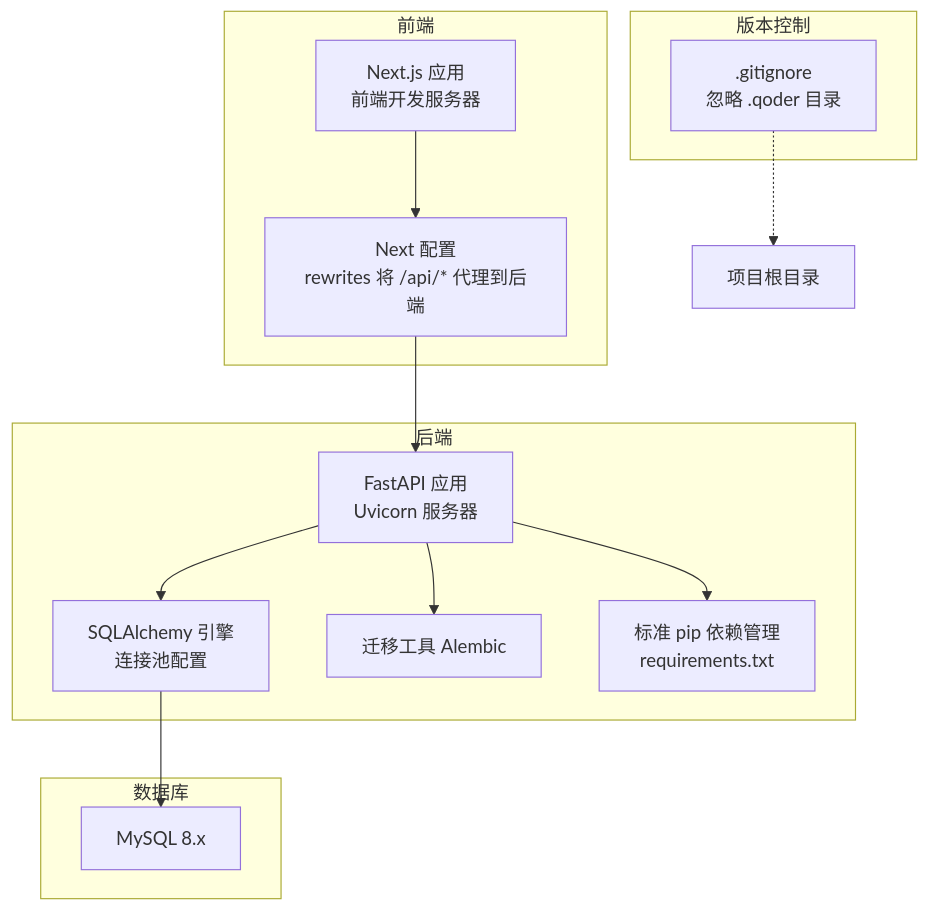
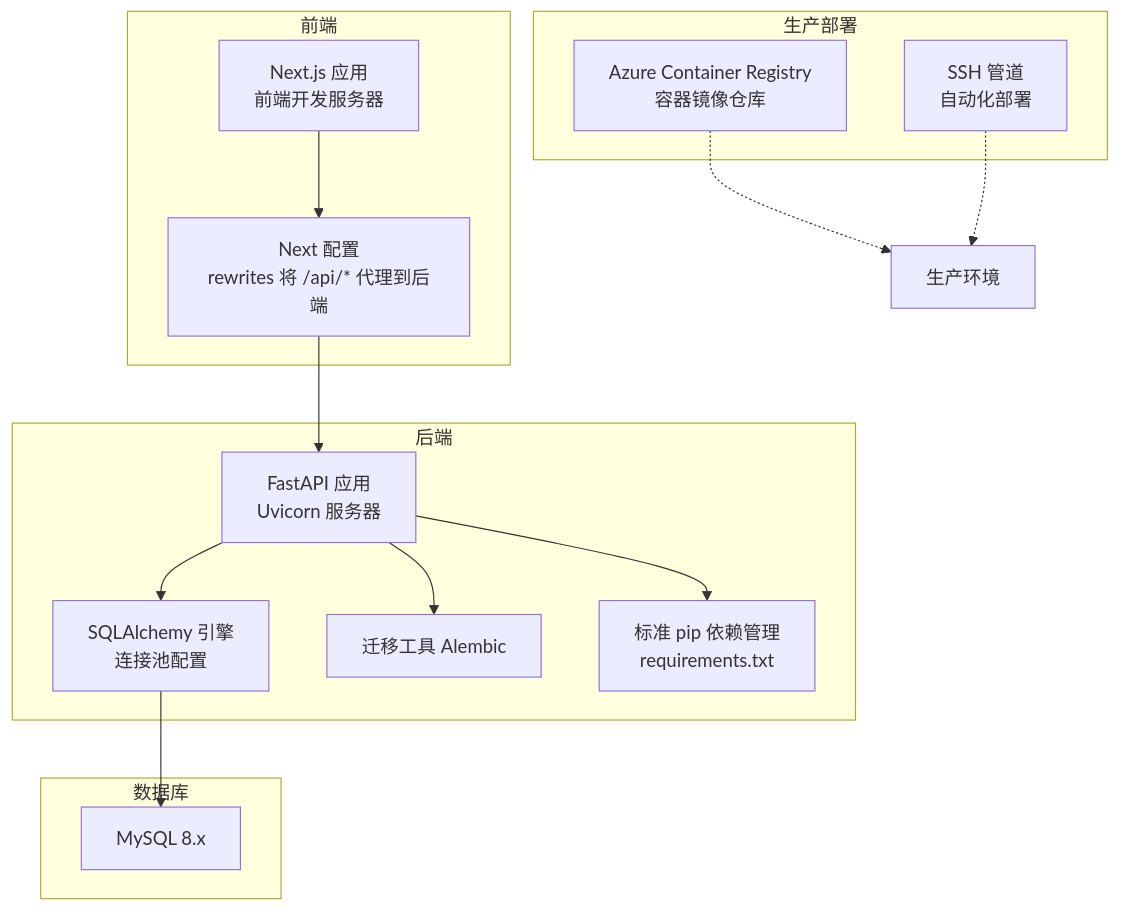
One commit to gujialind/InvestRing changed the first of 3 diagrams in .qoder/repowiki/zh/content/开发指南/环境搭建.md. Above: the diagram before and after it, drawn with Mermaid. The commit also changed other lines of this file and 8 other files, not shown here.

````diff
--- a/.qoder/repowiki/zh/content/开发指南/环境搭建.md
+++ b/.qoder/repowiki/zh/content/开发指南/环境搭建.md
@@ -61,26 +58,28 @@
 ```mermaid
 graph TB
 subgraph "前端"
 FE_Next["Next.js 应用<br/>前端开发服务器"]
 FE_Config["Next 配置<br/>rewrites 将 /api/* 代理到后端"]
 end
 subgraph "后端"
 BE_API["FastAPI 应用<br/>Uvicorn 服务器"]
 BE_DB["SQLAlchemy 引擎<br/>连接池配置"]
 BE_Alembic["迁移工具 Alembic"]
 BE_Pip["标准 pip 依赖管理<br/>requirements.txt"]
 end
 subgraph "数据库"
 MySQL["MySQL 8.x"]
 end
-subgraph "版本控制"
-Git_Ignore[".gitignore<br/>忽略 .qoder 目录"]
+subgraph "生产部署"
+ACR["Azure Container Registry<br/>容器镜像仓库"]
+SSH["SSH 管道<br/>自动化部署"]
 end
 FE_Next --> FE_Config
 FE_Config --> BE_API
 BE_API --> BE_DB
 BE_DB --> MySQL
 BE_API --> BE_Alembic
 BE_API --> BE_Pip
-Git_Ignore -.-> 项目根目录
+ACR -.-> 生产环境
+SSH -.-> 生产环境
 ```
````
